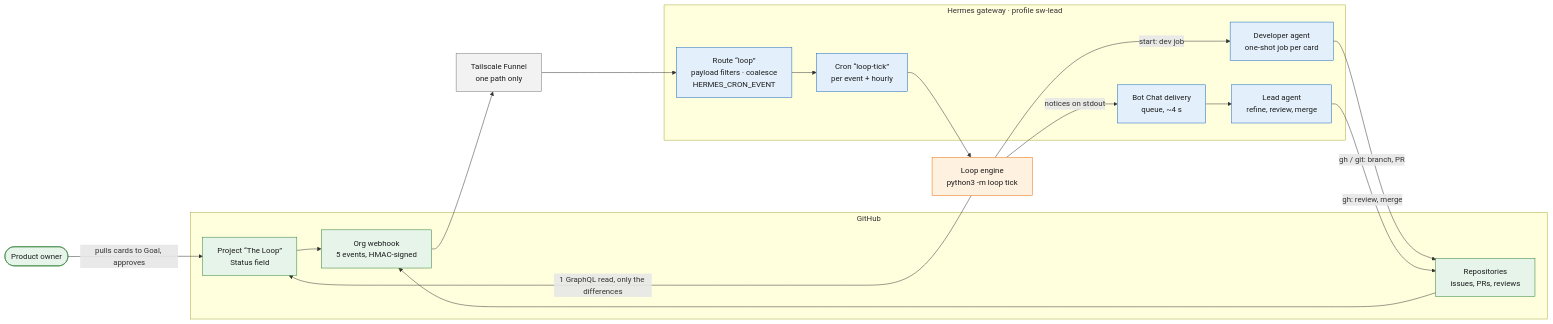
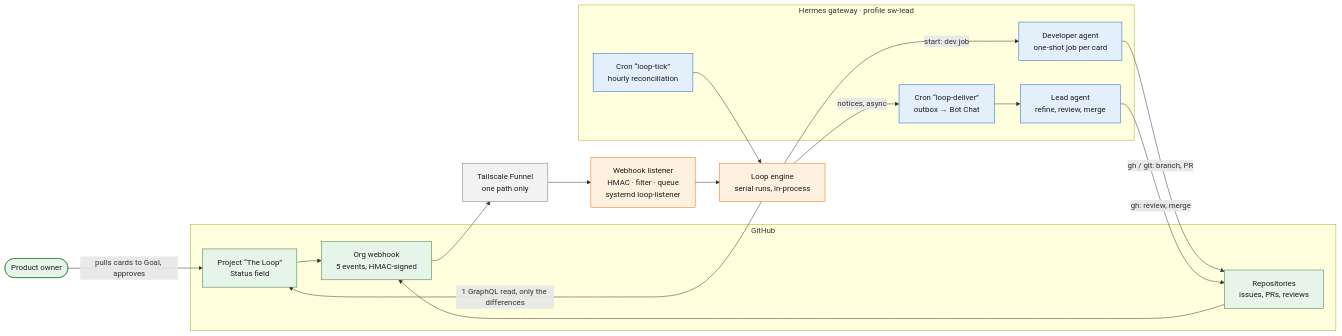
Before and after one commit to StefanOOEOrg/.github: the first of 2 diagrams in PROCESS.md, drawn with Mermaid. The commit also changed other lines of this file and 21 other files, not shown here.

First line of the commit message:
loop: own webhook listener instead of the Hermes route, so no event is lost

````diff
--- a/PROCESS.md
+++ b/PROCESS.md
@@ -53,31 +53,32 @@
 ```mermaid
 flowchart LR
   owner(["Product owner"]):::gh
   subgraph GH["GitHub"]
     board["Project “The Loop”<br/>Status field"]:::gh
     repos["Repositories<br/>issues, PRs, reviews"]:::gh
     hook["Org webhook<br/>5 events, HMAC-signed"]:::gh
   end
   funnel["Tailscale Funnel<br/>one path only"]:::infra
   subgraph HM["Hermes gateway · profile sw-lead"]
-    route["Route “loop”<br/>payload filters · coalesce<br/>HERMES_CRON_EVENT"]:::hermes
-    cron["Cron “loop-tick”<br/>per event + hourly"]:::hermes
-    deliver["Bot Chat delivery<br/>queue, ~4 s"]:::hermes
+    cron["Cron “loop-tick”<br/>hourly reconciliation"]:::hermes
+    deliver["Cron “loop-deliver”<br/>outbox → Bot Chat"]:::hermes
     dev["Developer agent<br/>one-shot job per card"]:::hermes
     lead["Lead agent<br/>refine, review, merge"]:::hermes
   end
-  engine["Loop engine<br/>python3 -m loop tick"]:::ours
+  listener["Webhook listener<br/>HMAC · filter · queue<br/>systemd loop-listener"]:::ours
+  engine["Loop engine<br/>serial runs, in-process"]:::ours
   owner -- "pulls cards to Goal, approves" --> board
   board --> hook
   repos --> hook
-  hook --> funnel --> route --> cron --> engine
+  hook --> funnel --> listener --> engine
+  cron --> engine
   engine -- "1 GraphQL read, only the differences" --> board
   engine -- "start: dev job" --> dev
-  engine -- "notices on stdout" --> deliver --> lead
+  engine -- "notices, async" --> deliver --> lead
   dev -- "gh / git: branch, PR" --> repos
   lead -- "gh: review, merge" --> repos
   classDef gh fill:#e6f4ea,stroke:#2e7d32,color:#1b1b1b
   classDef hermes fill:#e3f0fb,stroke:#1565c0,color:#1b1b1b
   classDef ours fill:#fff1e0,stroke:#ef6c00,color:#1b1b1b
   classDef infra fill:#f2f2f2,stroke:#757575,color:#1b1b1b
 ```
````
